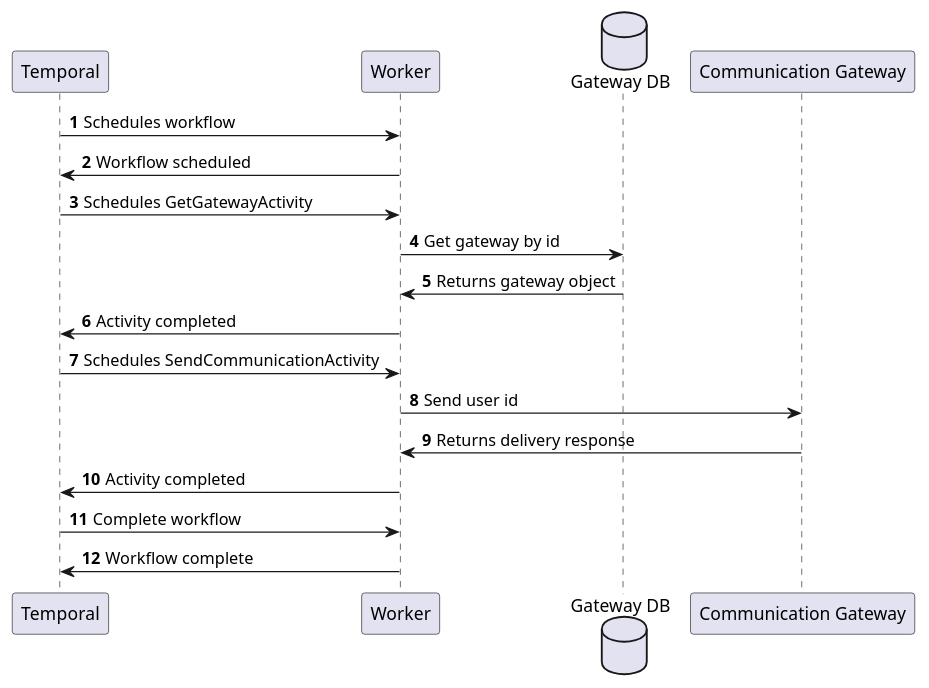
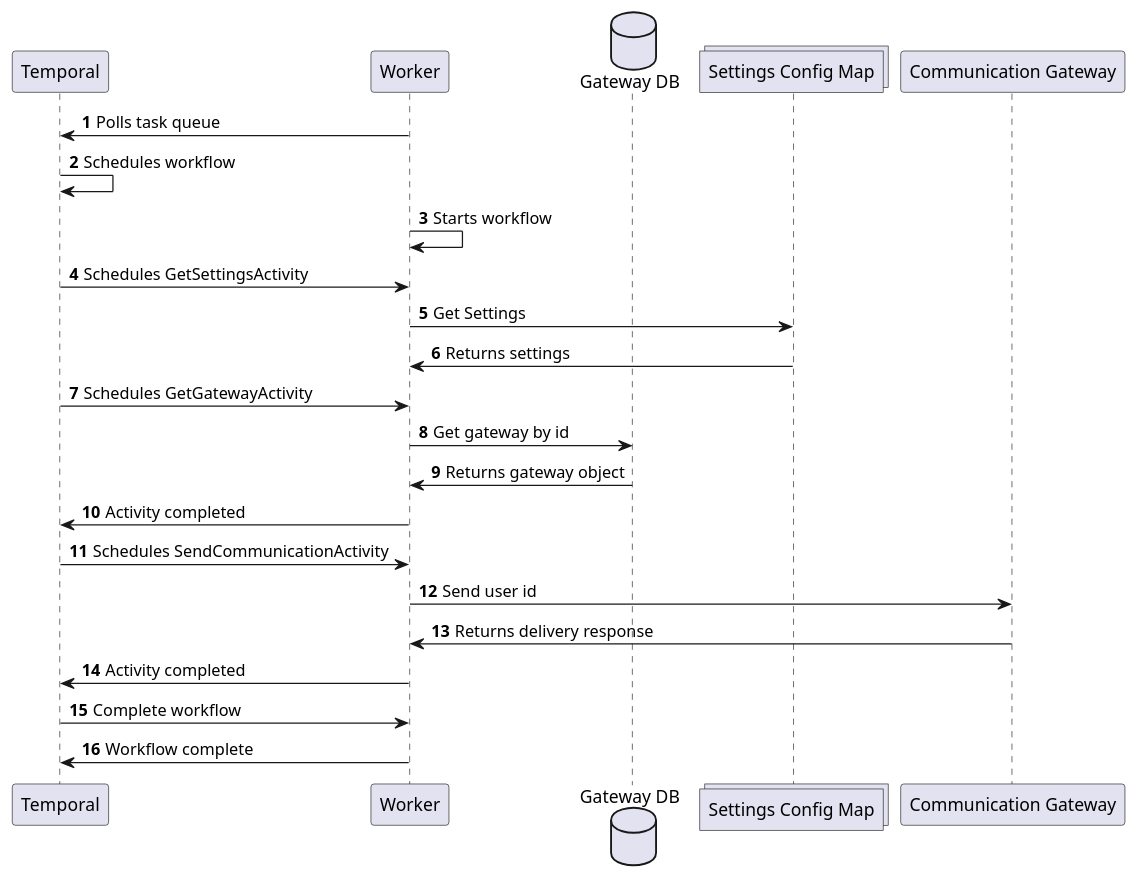
The diagram in Designs/Sequence Diagrams/SendCommunication.puml (CameronWard301/communication_scheduler), drawn with PlantUML before and after one commit. The commit also changed 23 other files, not shown here.

```diff
--- a/Designs/Sequence Diagrams/SendCommunication.puml
+++ b/Designs/Sequence Diagrams/SendCommunication.puml
@@ -1,22 +1,27 @@
 @startuml Create New Workflow
 
 participant "Temporal" as temporal
 participant "Worker" as worker
 database "Gateway DB" as gwdb
+collections "Settings Config Map" as scfmp
 participant "Communication Gateway" as cgw
 
 autonumber
 
-temporal -> worker: Schedules workflow
-worker -> temporal: Workflow scheduled
+worker -> temporal: Polls task queue
+temporal -> temporal: Schedules workflow
+worker -> worker: Starts workflow
+temporal -> worker: Schedules GetSettingsActivity
+worker -> scfmp: Get Settings
+scfmp -> worker: Returns settings
 temporal -> worker: Schedules GetGatewayActivity
 worker -> gwdb: Get gateway by id
 gwdb -> worker: Returns gateway object
 worker -> temporal: Activity completed
 temporal -> worker: Schedules SendCommunicationActivity
 worker -> cgw: Send user id
 cgw -> worker: Returns delivery response
 worker -> temporal: Activity completed
 temporal -> worker: Complete workflow
 worker-> temporal: Workflow complete
 @enduml
```
